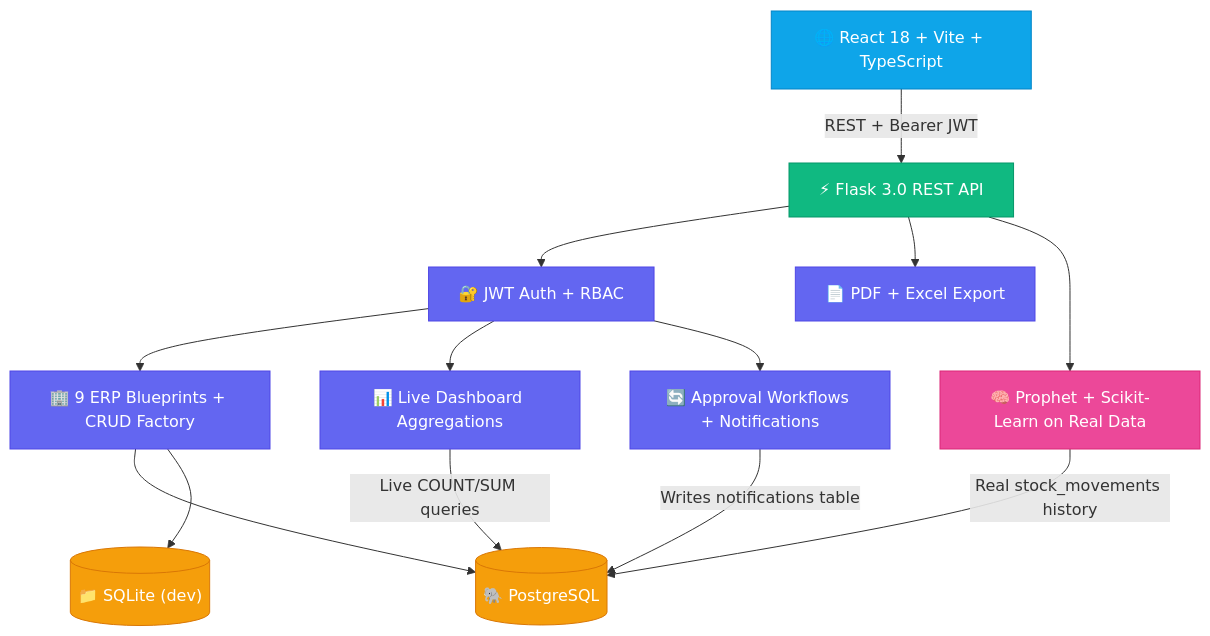
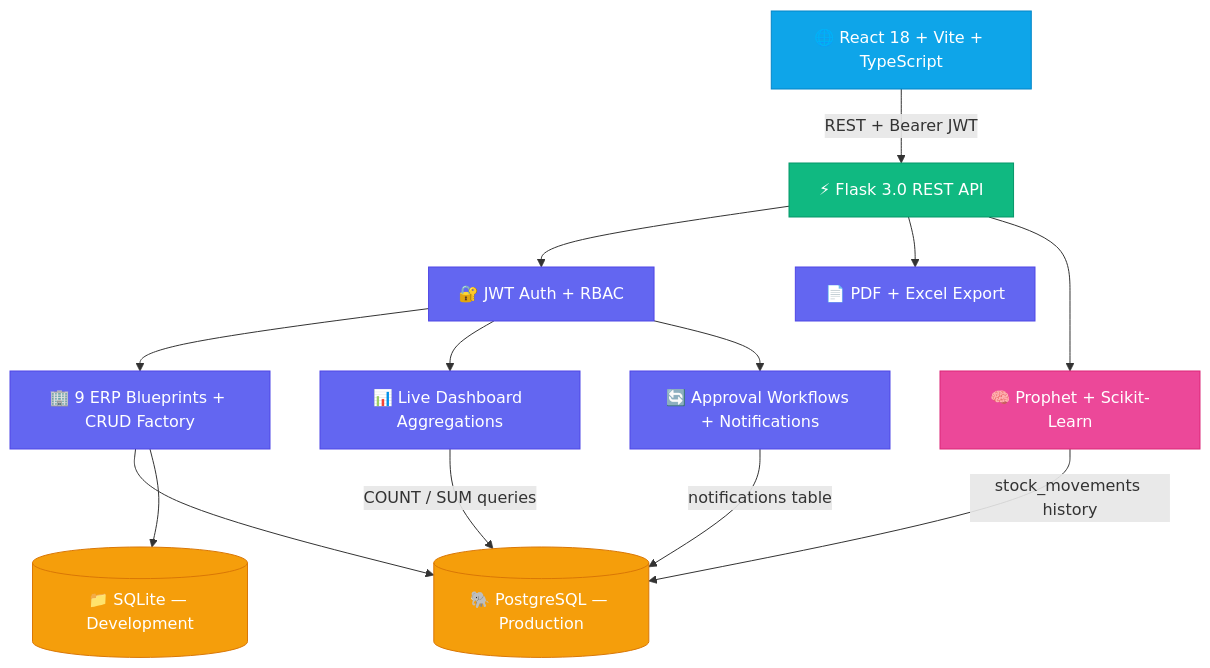
One commit to adrajameet7805/AI-Powered-ERP-System changed the diagram in README.md. Above: the diagram before and after it, drawn with Mermaid. The commit also changed other lines of this file and 4 other files, not shown here.

````diff
--- a/README.md
+++ b/README.md
@@ -146,34 +165,34 @@
 ```mermaid
 graph TD
     classDef client fill:#0ea5e9,stroke:#0284c7,color:#fff
     classDef api fill:#10b981,stroke:#059669,color:#fff
-    classDef service fill:#6366f1,stroke:#4f46e5,color:#fff
+    classDef svc fill:#6366f1,stroke:#4f46e5,color:#fff
     classDef db fill:#f59e0b,stroke:#d97706,color:#fff
     classDef ai fill:#ec4899,stroke:#db2777,color:#fff
 
     Browser["🌐 React 18 + Vite + TypeScript"]:::client
     Flask["⚡ Flask 3.0 REST API"]:::api
 
-    Auth["🔐 JWT Auth + RBAC"]:::service
-    CRUD["🏢 9 ERP Blueprints + CRUD Factory"]:::service
-    Dashboard["📊 Live Dashboard Aggregations"]:::service
-    Workflow["🔄 Approval Workflows + Notifications"]:::service
-    Export["📄 PDF + Excel Export"]:::service
-    AI["🧠 Prophet + Scikit-Learn on Real Data"]:::ai
+    Auth["🔐 JWT Auth + RBAC"]:::svc
+    CRUD["🏢 9 ERP Blueprints + CRUD Factory"]:::svc
+    Dash["📊 Live Dashboard Aggregations"]:::svc
+    Flow["🔄 Approval Workflows + Notifications"]:::svc
+    Exp["📄 PDF + Excel Export"]:::svc
+    AI["🧠 Prophet + Scikit-Learn"]:::ai
 
-    PG[("🐘 PostgreSQL")]:::db
-    SQ[("📁 SQLite (dev)")]:::db
+    PG[("🐘 PostgreSQL — Production")]:::db
+    SQ[("📁 SQLite — Development")]:::db
 
     Browser -->|"REST + Bearer JWT"| Flask
     Flask --> Auth
     Auth --> CRUD
-    Auth --> Dashboard
-    Auth --> Workflow
-    Flask --> Export
+    Auth --> Dash
+    Auth --> Flow
+    Flask --> Exp
     Flask --> AI
     CRUD --> PG
     CRUD --> SQ
-    Dashboard -->|"Live COUNT/SUM queries"| PG
-    AI -->|"Real stock_movements history"| PG
-    Workflow -->|"Writes notifications table"| PG
+    Dash -->|"COUNT / SUM queries"| PG
+    AI -->|"stock_movements history"| PG
+    Flow -->|"notifications table"| PG
 ```
````
